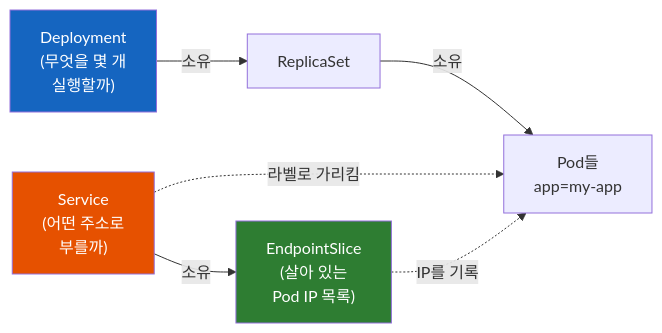
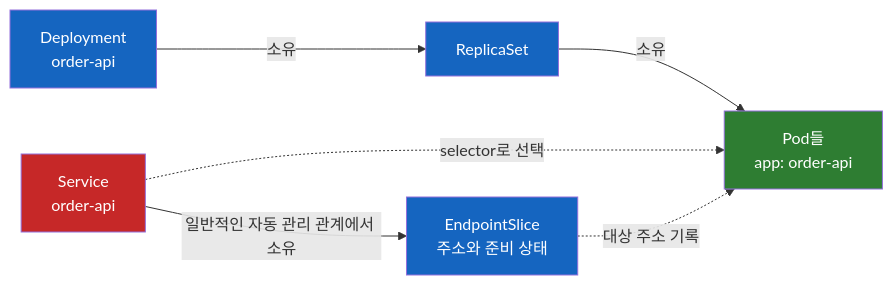
Before and after one commit to sskim91/TIL: the diagram in kubernetes/Kubernetes-Service-Object.md, drawn with Mermaid. The commit also changed other lines of this file and 39 other files, not shown here.

````diff
--- a/kubernetes/Kubernetes-Service-Object.md
+++ b/kubernetes/Kubernetes-Service-Object.md
@@ -19,12 +13,13 @@
 ```mermaid
 flowchart LR
-    DEP["Deployment<br>(무엇을 몇 개<br>실행할까)"] -->|"소유"| RS["ReplicaSet"]
-    RS -->|"소유"| POD["Pod들<br>app=my-app"]
-    SVC["Service<br>(어떤 주소로<br>부를까)"] -.->|"라벨로 가리킴"| POD
-    SVC -->|"소유"| EPS["EndpointSlice<br>(살아 있는<br>Pod IP 목록)"]
-    EPS -.->|"IP를 기록"| POD
-
+    DEP["Deployment<br>order-api"] -->|"소유"| RS["ReplicaSet"]
+    RS -->|"소유"| POD["Pod들<br>app: order-api"]
+    SVC["Service<br>order-api"] -.->|"selector로 선택"| POD
+    SVC -->|"일반적인 자동 관리 관계에서 소유"| EPS["EndpointSlice<br>주소와 준비 상태"]
+    EPS -.->|"대상 주소 기록"| POD
     style DEP fill:#1565C0,color:#fff
-    style SVC fill:#E65100,color:#fff
-    style EPS fill:#2E7D32,color:#fff
+    style RS fill:#1565C0,color:#fff
+    style POD fill:#2E7D32,color:#fff
+    style SVC fill:#C62828,color:#fff
+    style EPS fill:#1565C0,color:#fff
 ```
````
